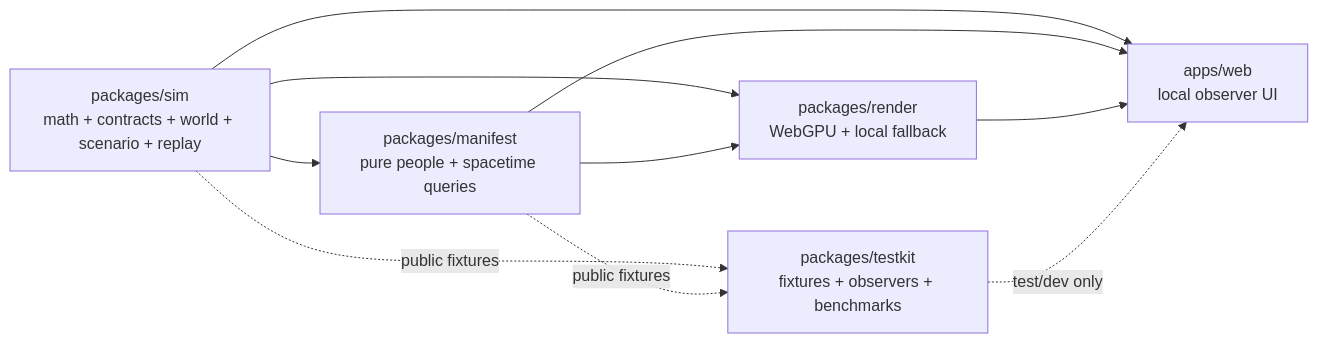
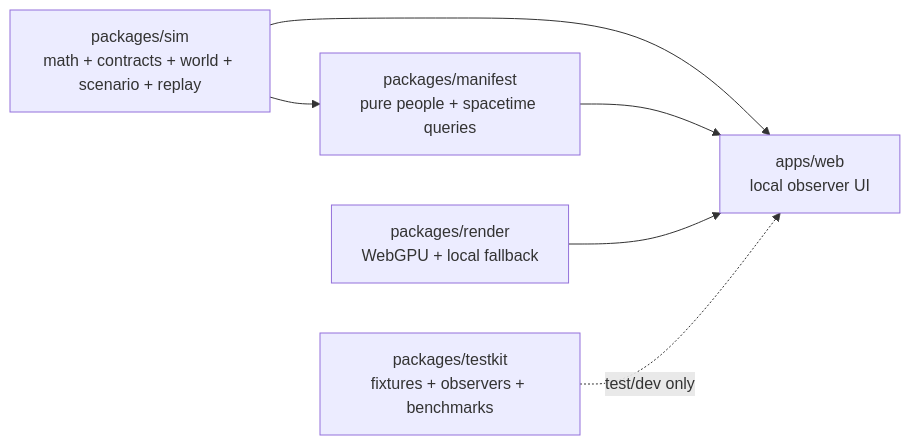
One commit to ryangavin/ten-billion-lives changed the first of 2 diagrams in docs/ARCHITECTURE.md. Above: the diagram before and after it, drawn with Mermaid. The commit also changed other lines of this file and 14 other files, not shown here.

````diff
--- a/docs/ARCHITECTURE.md
+++ b/docs/ARCHITECTURE.md
@@ -96,18 +126,14 @@
 ```mermaid
 flowchart LR
   Sim[packages/sim\nmath + contracts + world + scenario + replay]
   Manifest[packages/manifest\npure people + spacetime queries]
   Render[packages/render\nWebGPU + local fallback]
   Testkit[packages/testkit\nfixtures + observers + benchmarks]
   Web[apps/web\nlocal observer UI]
 
   Sim --> Manifest
-  Sim --> Render
-  Manifest --> Render
   Sim --> Web
   Manifest --> Web
   Render --> Web
-  Sim -. public fixtures .-> Testkit
-  Manifest -. public fixtures .-> Testkit
   Testkit -. test/dev only .-> Web
 ```
````
